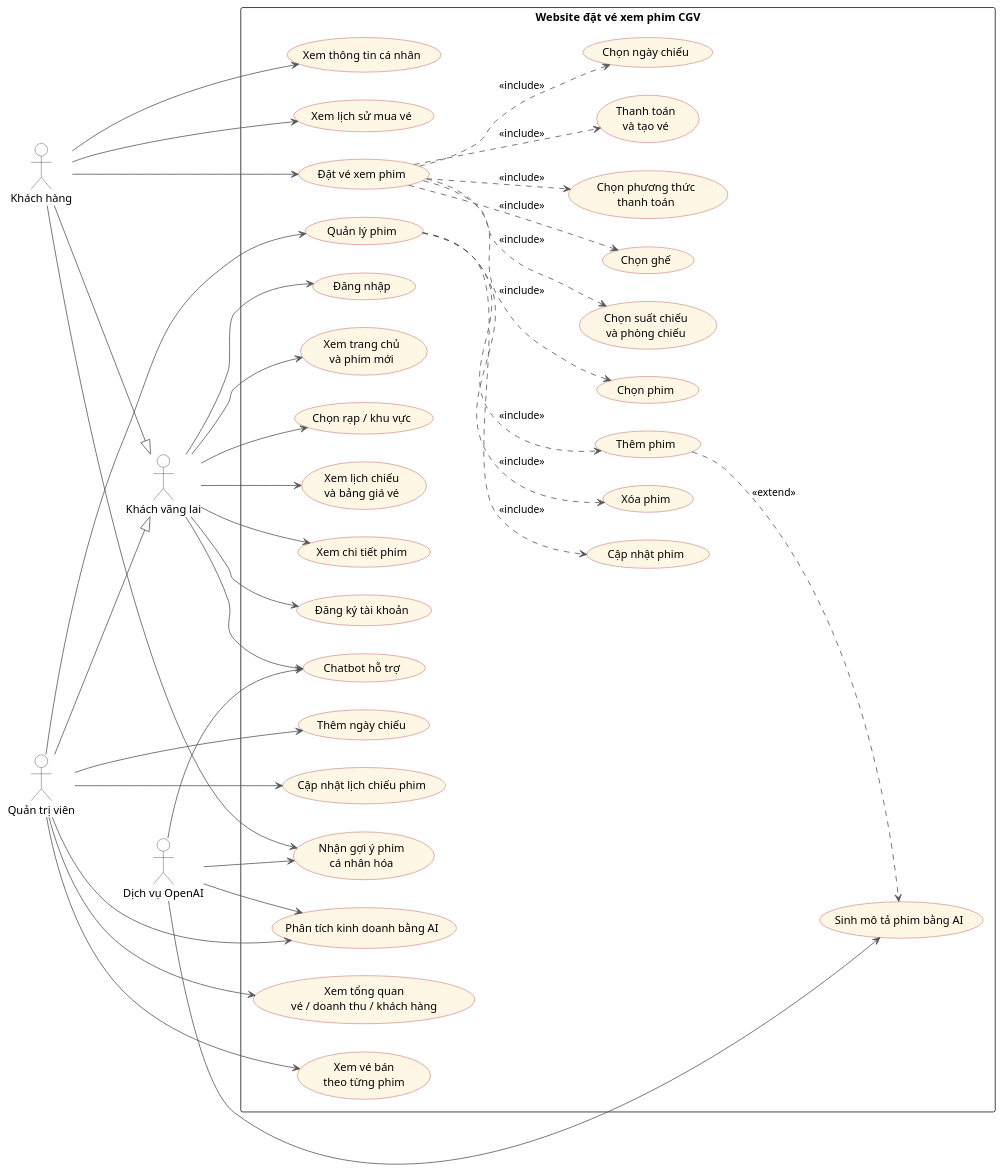
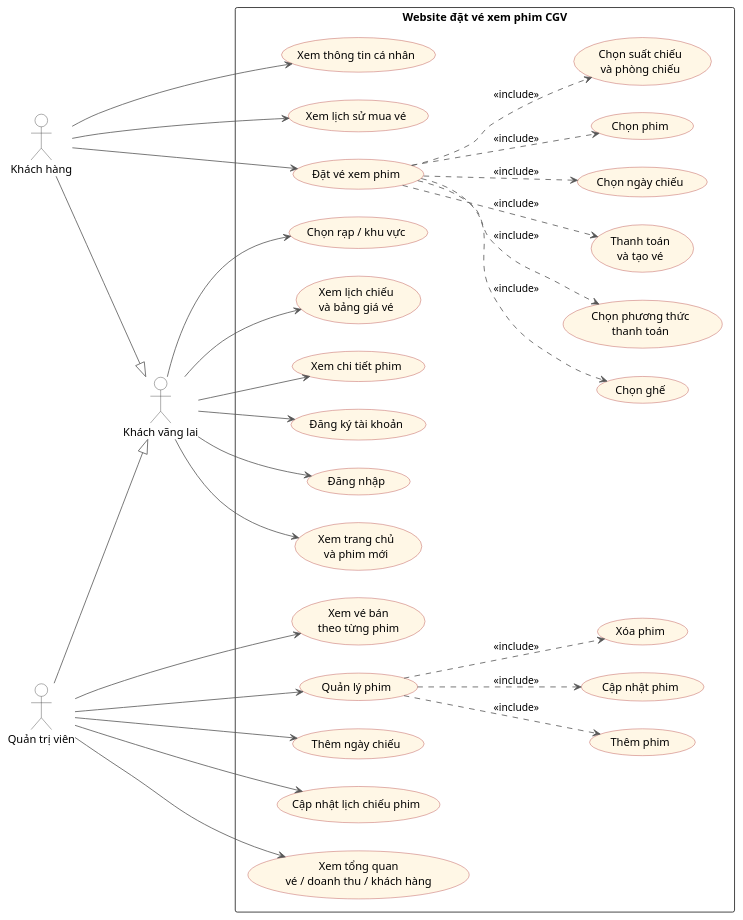
One commit to nhnamdev/movie-booking changed the diagram in docs/usecase.puml. Above: the diagram before and after it, drawn with PlantUML. The commit also changed 27 other files, not shown here.

```diff
--- a/docs/usecase.puml
+++ b/docs/usecase.puml
@@ -1,91 +1,77 @@
 @startuml
 left to right direction
 
 skinparam packageStyle rectangle
 skinparam usecase {
   BackgroundColor #FFF7E6
   BorderColor #B23B3B
   ArrowColor #555555
 }
 skinparam actor {
   BackgroundColor #FFFFFF
   BorderColor #333333
 }
 
 actor "Khách vãng lai" as Guest
 actor "Khách hàng" as Customer
 actor "Quản trị viên" as Admin
-actor "Dịch vụ OpenAI" as OpenAI
 
 Customer --|> Guest
 Admin --|> Guest
 
 rectangle "Website đặt vé xem phim CGV" {
   usecase "Xem trang chủ\nvà phim mới" as UC_Home
   usecase "Chọn rạp / khu vực" as UC_Location
   usecase "Xem lịch chiếu\nvà bảng giá vé" as UC_Showtimes
   usecase "Xem chi tiết phim" as UC_Detail
   usecase "Đăng ký tài khoản" as UC_Register
   usecase "Đăng nhập" as UC_Login
-  usecase "Chatbot hỗ trợ" as UC_Chat
 
   usecase "Đặt vé xem phim" as UC_Book
   usecase "Chọn ngày chiếu" as UC_SelectDate
   usecase "Chọn phim" as UC_SelectMovie
   usecase "Chọn suất chiếu\nvà phòng chiếu" as UC_SelectShow
   usecase "Chọn ghế" as UC_SelectSeat
   usecase "Chọn phương thức\nthanh toán" as UC_SelectPayment
   usecase "Thanh toán\nvà tạo vé" as UC_Pay
   usecase "Xem thông tin cá nhân" as UC_Profile
   usecase "Xem lịch sử mua vé" as UC_History
-  usecase "Nhận gợi ý phim\ncá nhân hóa" as UC_Recommend
 
   usecase "Xem tổng quan\nvé / doanh thu / khách hàng" as UC_AdminDashboard
   usecase "Xem vé bán\ntheo từng phim" as UC_TicketsByMovie
   usecase "Quản lý phim" as UC_MovieManage
   usecase "Thêm phim" as UC_AddMovie
   usecase "Cập nhật phim" as UC_UpdateMovie
   usecase "Xóa phim" as UC_DeleteMovie
   usecase "Thêm ngày chiếu" as UC_AddShowDate
   usecase "Cập nhật lịch chiếu phim" as UC_ModifySchedule
-  usecase "Sinh mô tả phim bằng AI" as UC_AIDescription
-  usecase "Phân tích kinh doanh bằng AI" as UC_AIAnalytics
 }
 
 Guest --> UC_Home
 Guest --> UC_Location
 Guest --> UC_Showtimes
 Guest --> UC_Detail
 Guest --> UC_Register
 Guest --> UC_Login
-Guest --> UC_Chat
 
 Customer --> UC_Book
 Customer --> UC_Profile
 Customer --> UC_History
-Customer --> UC_Recommend
 
 Admin --> UC_AdminDashboard
 Admin --> UC_TicketsByMovie
 Admin --> UC_MovieManage
 Admin --> UC_AddShowDate
 Admin --> UC_ModifySchedule
-Admin --> UC_AIAnalytics
 
 UC_Book ..> UC_SelectDate : <<include>>
 UC_Book ..> UC_SelectMovie : <<include>>
 UC_Book ..> UC_SelectShow : <<include>>
 UC_Book ..> UC_SelectSeat : <<include>>
 UC_Book ..> UC_SelectPayment : <<include>>
 UC_Book ..> UC_Pay : <<include>>
 
 UC_MovieManage ..> UC_AddMovie : <<include>>
 UC_MovieManage ..> UC_UpdateMovie : <<include>>
 UC_MovieManage ..> UC_DeleteMovie : <<include>>
-UC_AddMovie ..> UC_AIDescription : <<extend>>
-
-OpenAI --> UC_Chat
-OpenAI --> UC_Recommend
-OpenAI --> UC_AIDescription
-OpenAI --> UC_AIAnalytics
 @enduml
```
